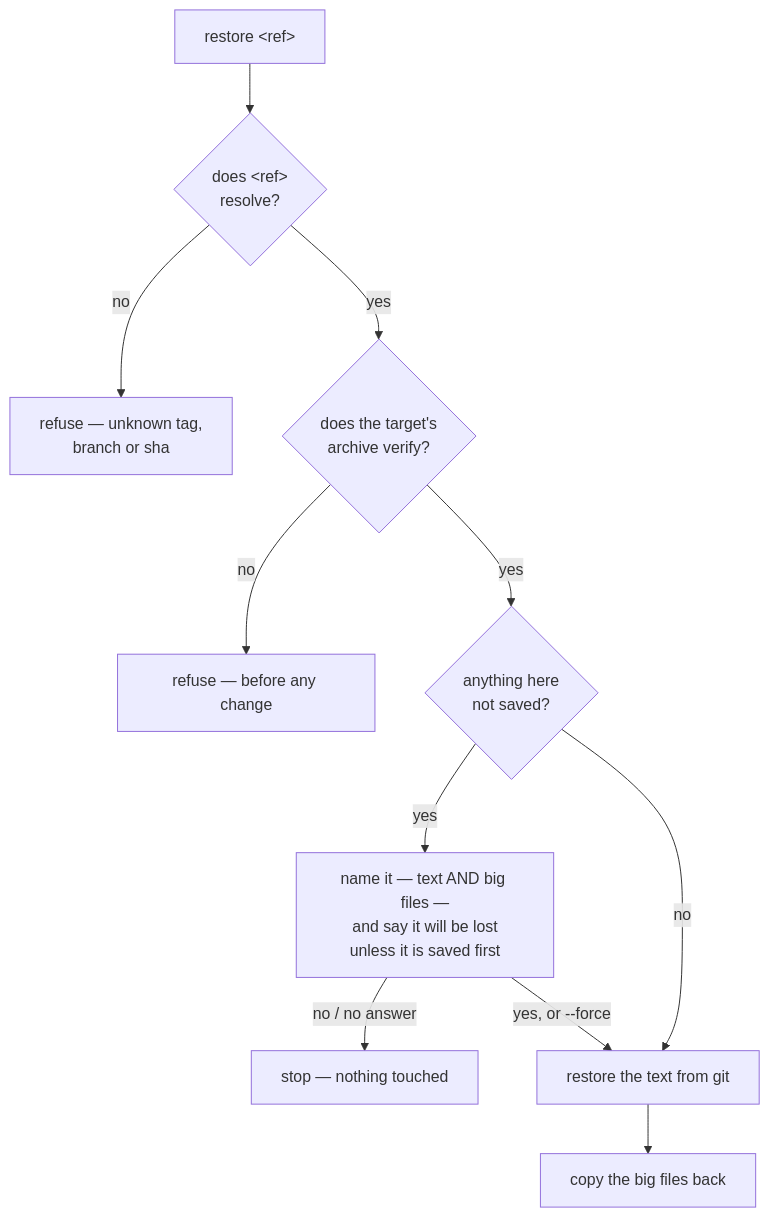
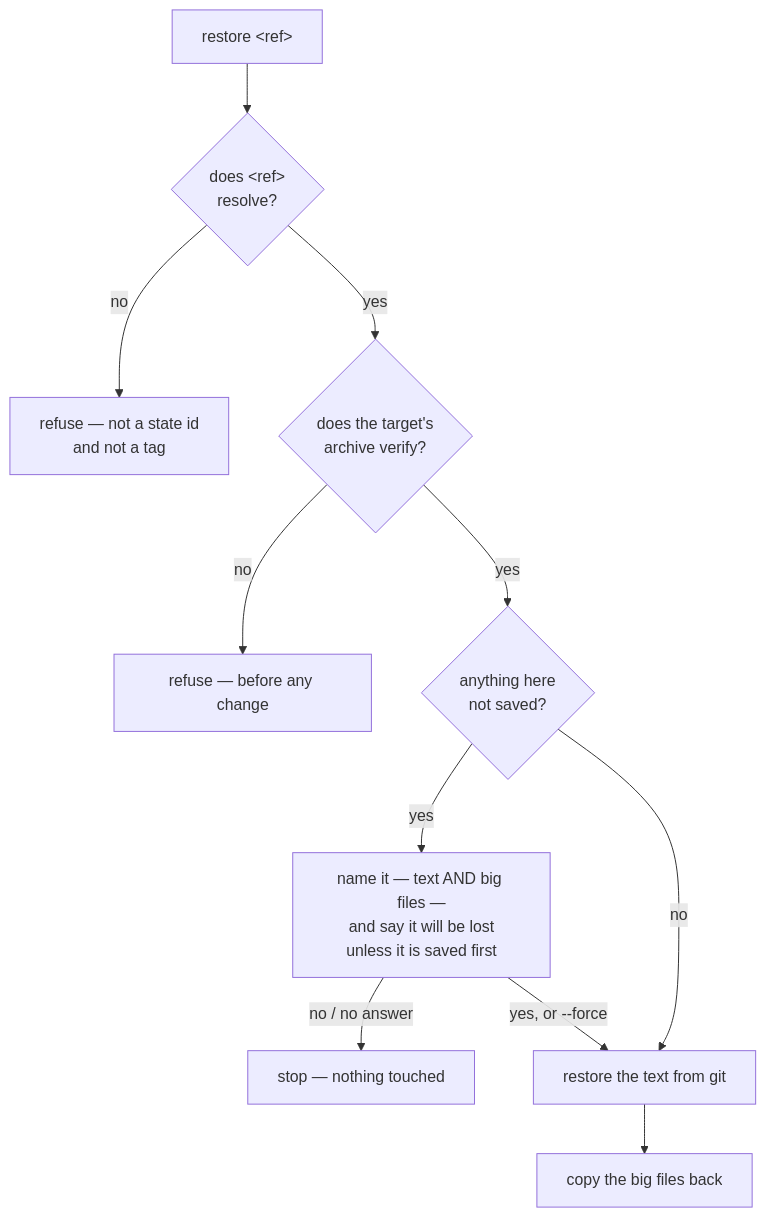
The third of 3 diagrams in docs/execution/checkpointing.md (Qing-LAB/molbuilder), drawn with Mermaid before and after one commit. The commit also changed other lines of this file and 8 other files, not shown here.

````diff
--- a/docs/execution/checkpointing.md
+++ b/docs/execution/checkpointing.md
@@ -382,13 +395,13 @@
 ```mermaid
 flowchart TB
     R["restore &lt;ref&gt;"] --> D0{"does &lt;ref&gt;<br/>resolve?"}
-    D0 -->|"no"| X0["refuse — unknown tag,<br/>branch or sha"]
+    D0 -->|"no"| X0["refuse — not a state id<br/>and not a tag"]
     D0 -->|"yes"| D3{"does the target's<br/>archive verify?"}
     D3 -->|"no"| X3["refuse — before any change"]
     D3 -->|"yes"| D1{"anything here<br/>not saved?"}
     D1 -->|"yes"| Q["name it — text AND big files —<br/>and say it will be lost<br/>unless it is saved first"]
     Q -->|"no / no answer"| X1["stop — nothing touched"]
     Q -->|"yes, or --force"| G
     D1 -->|"no"| G["restore the text from git"]
     G --> B["copy the big files back"]
 ```
````
